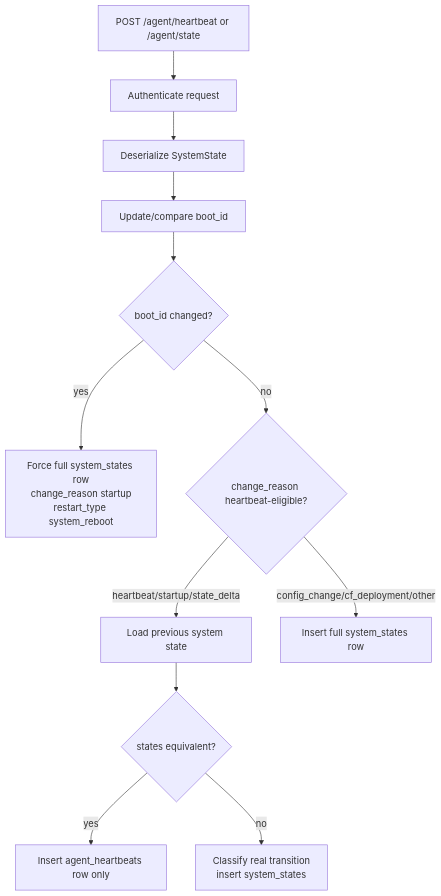
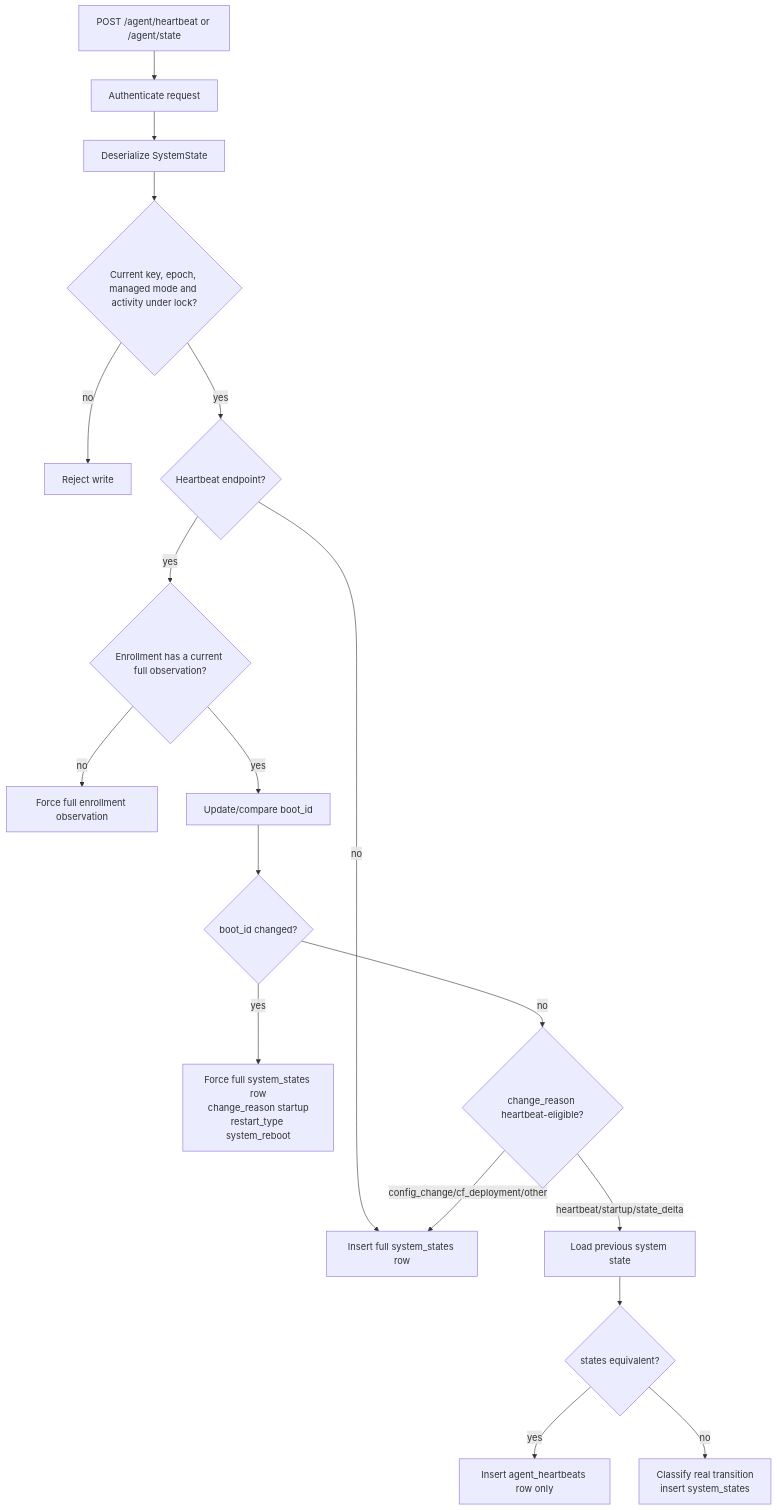
The second of 2 diagrams in docs/knowledge/deployment/agent-heartbeat-vs-state-persistence.md (usmcamp0811/crystal-forge), drawn with Mermaid before and after one commit. The commit also changed other lines of this file and 147 other files, not shown here.

````diff
--- a/docs/knowledge/deployment/agent-heartbeat-vs-state-persistence.md
+++ b/docs/knowledge/deployment/agent-heartbeat-vs-state-persistence.md
@@ -90,14 +101,20 @@
 ```mermaid
 flowchart TD
     A[POST /agent/heartbeat or /agent/state] --> B[Authenticate request]
     B --> C[Deserialize SystemState]
-    C --> D[Update/compare boot_id]
+    C --> Guard{Current key, epoch, managed mode and activity under lock?}
+    Guard -->|no| Denied[Reject write]
+    Guard -->|yes| Route{Heartbeat endpoint?}
+    Route -->|no| I[Insert full system_states row]
+    Route -->|yes| Epoch{Enrollment has a current full observation?}
+    Epoch -->|no| New[Force full enrollment observation]
+    Epoch -->|yes| D[Update/compare boot_id]
     D --> E{boot_id changed?}
     E -->|yes| F[Force full system_states row\nchange_reason startup\nrestart_type system_reboot]
     E -->|no| G{change_reason heartbeat-eligible?}
     G -->|heartbeat/startup/state_delta| H[Load previous system state]
-    G -->|config_change/cf_deployment/other| I[Insert full system_states row]
+    G -->|config_change/cf_deployment/other| I
     H --> J{states equivalent?}
     J -->|yes| K[Insert agent_heartbeats row only]
     J -->|no| L[Classify real transition\ninsert system_states]
 ```
````
